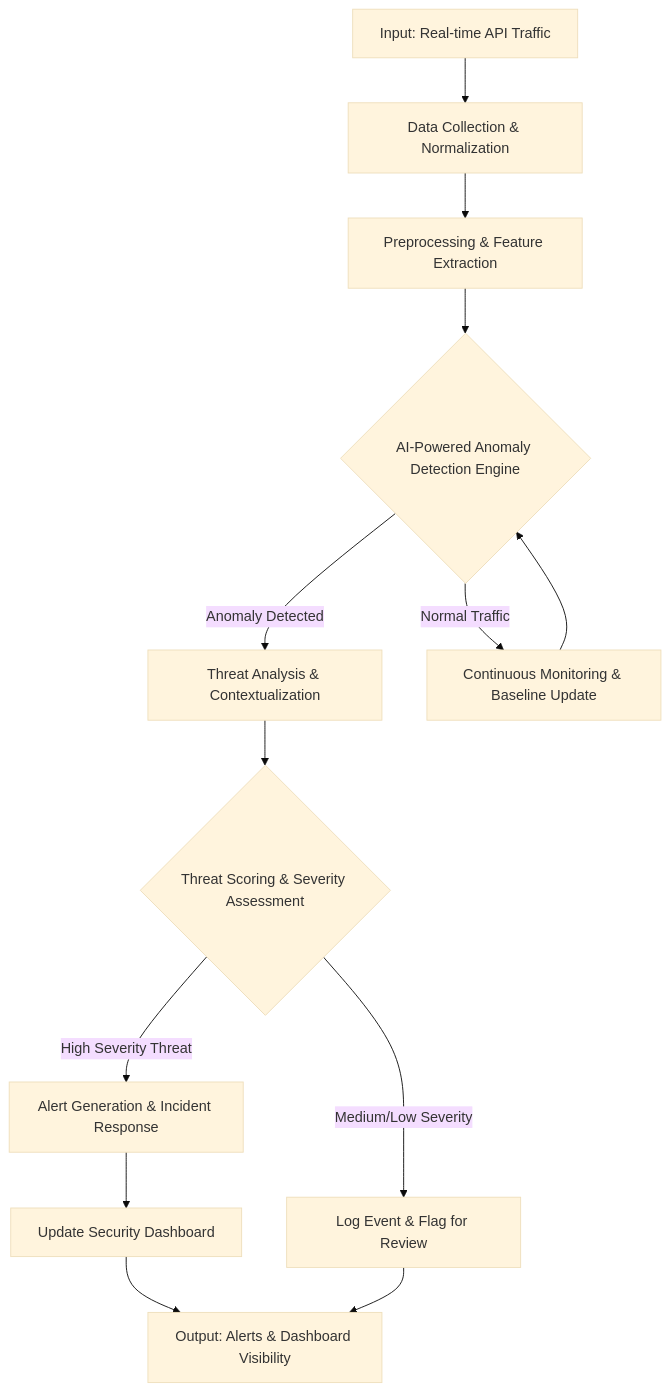
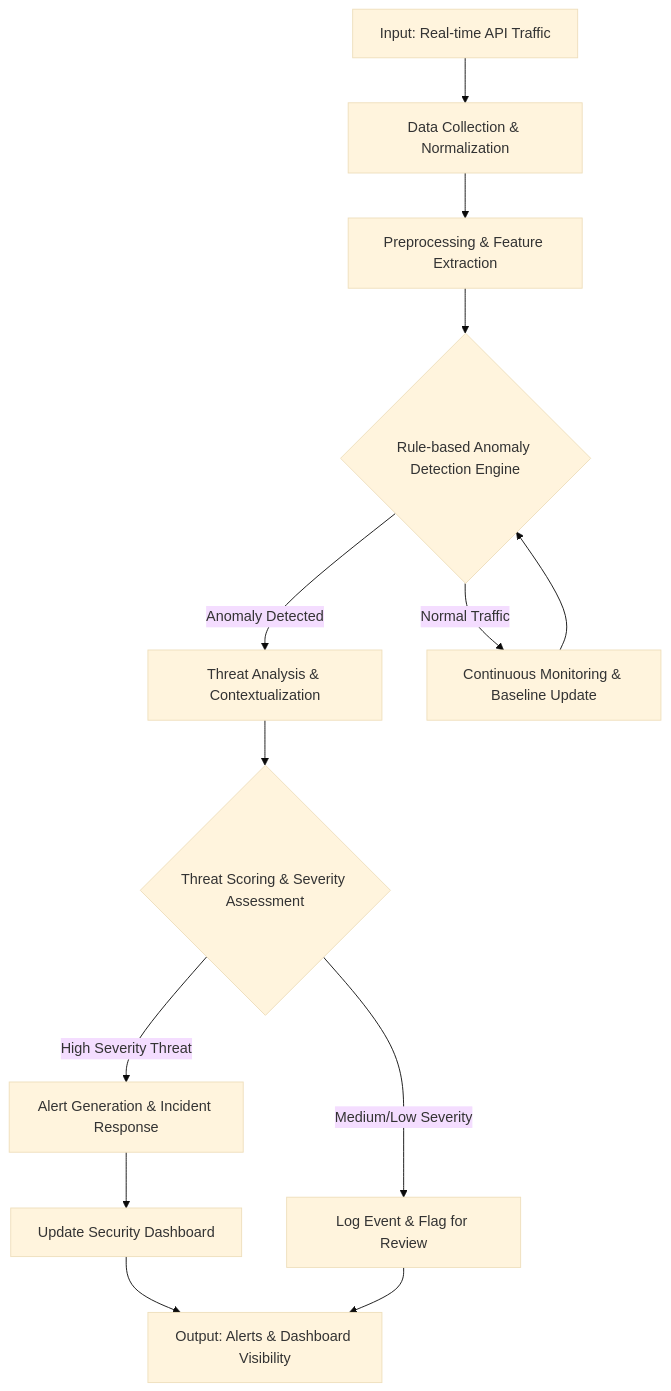
One commit to adhit-r/aran changed the second of 2 diagrams in docs/website/docs/features/feature-overview.md. Above: the diagram before and after it, drawn with Mermaid (base theme). The commit also changed other lines of this file and 82 other files, not shown here.

````diff
--- a/docs/website/docs/features/feature-overview.md
+++ b/docs/website/docs/features/feature-overview.md
@@ -67,15 +86,15 @@
 ```mermaid
 graph TD
     A[Input: Real-time API Traffic] --> B[Data Collection & Normalization];
     B --> C[Preprocessing & Feature Extraction];
-    C --> D{AI-Powered Anomaly Detection Engine};
+    C --> D{Rule-based Anomaly Detection Engine};
     D -- Anomaly Detected --> E[Threat Analysis & Contextualization];
     E --> F{Threat Scoring & Severity Assessment};
     F -- High Severity Threat --> G[Alert Generation & Incident Response];
     G --> H[Update Security Dashboard];
     F -- Medium/Low Severity --> I[Log Event & Flag for Review];
     D -- Normal Traffic --> J[Continuous Monitoring & Baseline Update];
     J --> D;
     H --> K[Output: Alerts & Dashboard Visibility];
     I --> K;
 ```
````
